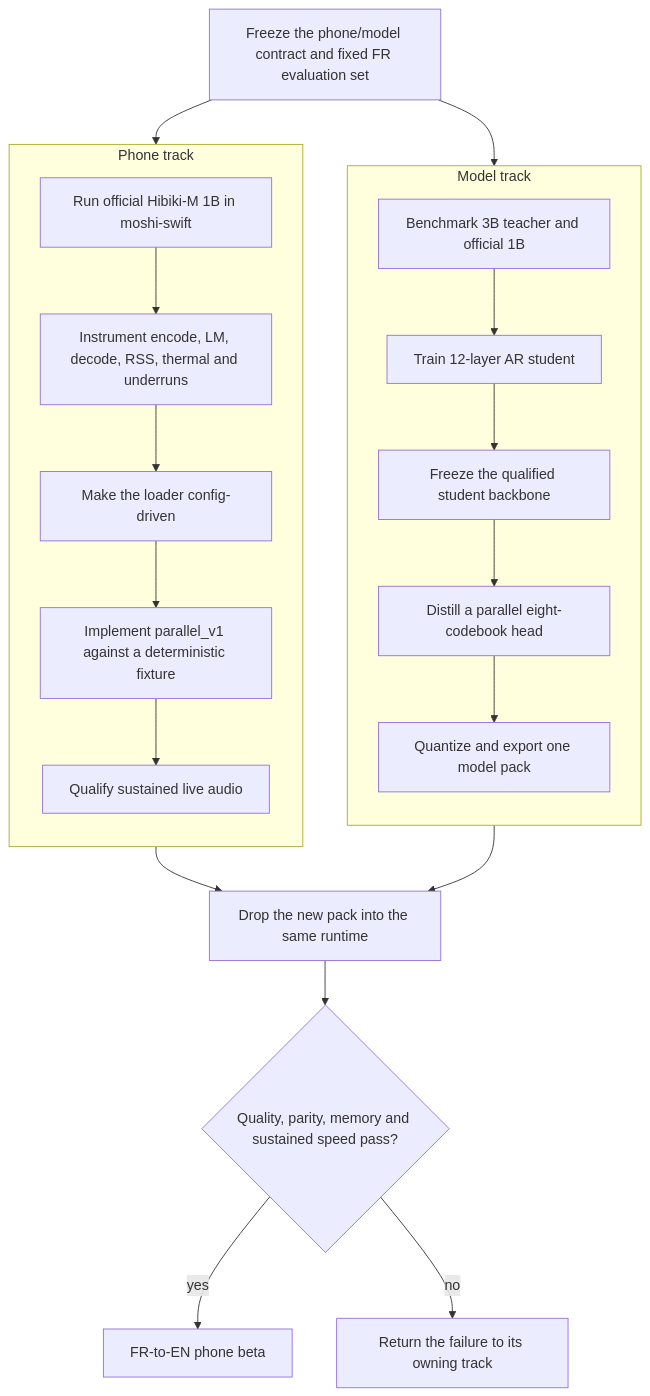
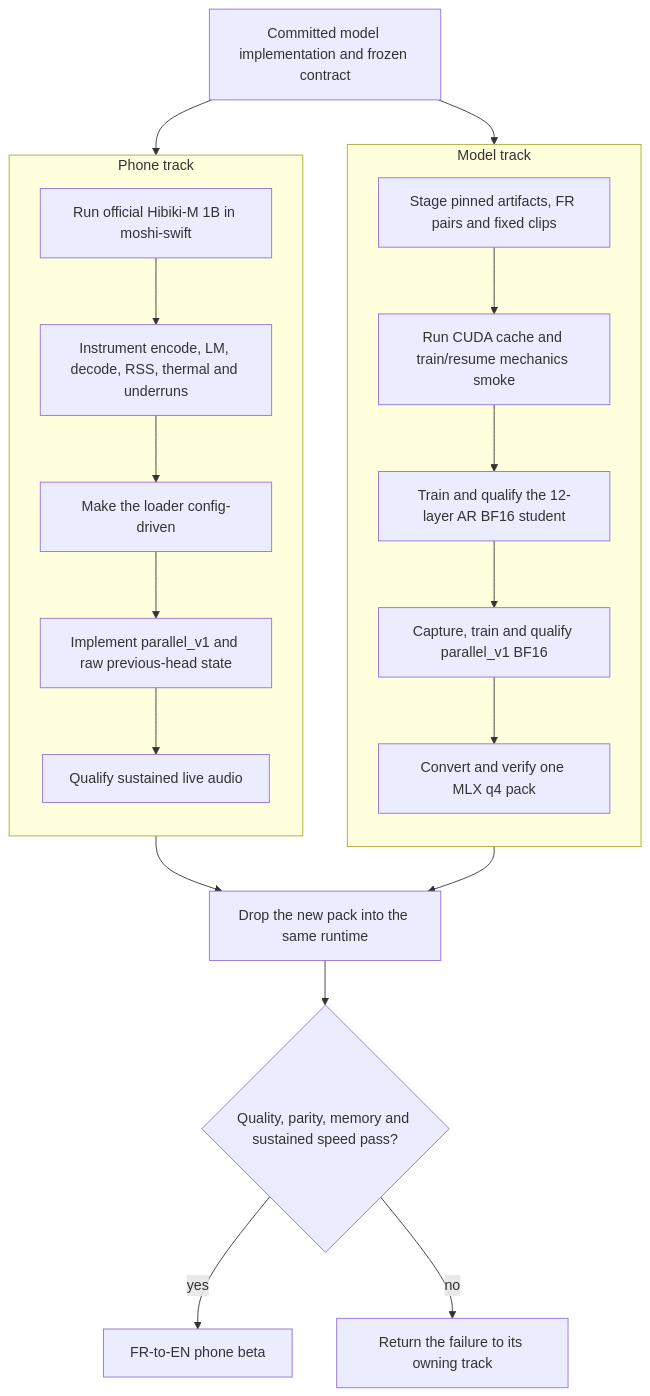
The first of 4 diagrams in docs/mobile_student_plan.md (huybik/hibiki-zero-mlx), drawn with Mermaid before and after one commit. The commit also changed other lines of this file, not shown here.

Commit message:
Update mobile student execution plan

````diff
--- a/docs/mobile_student_plan.md
+++ b/docs/mobile_student_plan.md
@@ -55,33 +82,33 @@
 ```mermaid
 flowchart TD
-    START[Freeze the phone/model contract and fixed FR evaluation set]
+    START[Committed model implementation and frozen contract]
 
     START --> MODEL
     START --> PHONE
 
     subgraph MODEL[Model track]
         direction TB
-        M0[Benchmark 3B teacher and official 1B]
-        M1[Train 12-layer AR student]
-        M2[Freeze the qualified student backbone]
-        M3[Distill a parallel eight-codebook head]
-        M4[Quantize and export one model pack]
+        M0[Stage pinned artifacts, FR pairs and fixed clips]
+        M1[Run CUDA cache and train/resume mechanics smoke]
+        M2[Train and qualify the 12-layer AR BF16 student]
+        M3[Capture, train and qualify parallel_v1 BF16]
+        M4[Convert and verify one MLX q4 pack]
         M0 --> M1 --> M2 --> M3 --> M4
     end
 
     subgraph PHONE[Phone track]
         direction TB
         P0[Run official Hibiki-M 1B in moshi-swift]
         P1[Instrument encode, LM, decode, RSS, thermal and underruns]
         P2[Make the loader config-driven]
-        P3[Implement parallel_v1 against a deterministic fixture]
+        P3[Implement parallel_v1 and raw previous-head state]
         P4[Qualify sustained live audio]
         P0 --> P1 --> P2 --> P3 --> P4
     end
 
     M4 --> JOIN[Drop the new pack into the same runtime]
     P4 --> JOIN
     JOIN --> PASS{Quality, parity, memory and sustained speed pass?}
     PASS -->|yes| BETA[FR-to-EN phone beta]
     PASS -->|no| OWNER[Return the failure to its owning track]
 ```
````
